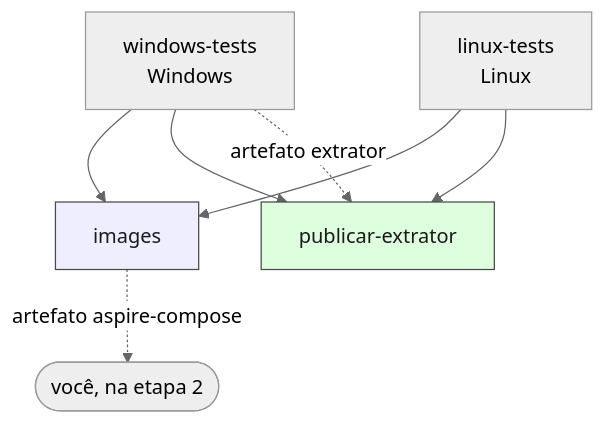
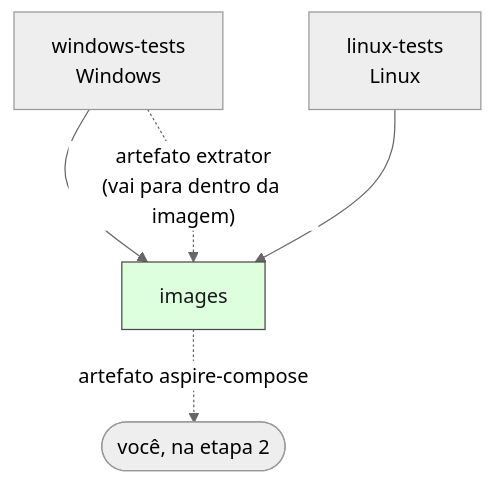
One commit to procfit/MLDemandForcastPOC changed the fourth of 11 diagrams in Docs/fluxo-de-entrega.md. Above: the diagram before and after it, drawn with Mermaid (neutral theme). The commit also changed other lines of this file and 3 other files, not shown here.

````diff
--- a/Docs/fluxo-de-entrega.md
+++ b/Docs/fluxo-de-entrega.md
@@ -131,18 +120,13 @@
 ```mermaid
 flowchart TB
     W["windows-tests<br/>Windows"]
     L["linux-tests<br/>Linux"]
     I["images"]
-    P["publicar-extrator"]
 
     W --> I
     L --> I
-    W --> P
-    L --> P
-
-    W -.->|"artefato extrator"| P
+    W -.->|"artefato extrator<br/>(vai para dentro da imagem)"| I
     I -.->|"artefato aspire-compose"| OP(["você, na etapa 2"])
 
-    style I fill:#eef,stroke:#4a4a4a,color:#1a1a1a
-    style P fill:#dfd,stroke:#4a4a4a,color:#1a1a1a
+    style I fill:#dfd,stroke:#4a4a4a,color:#1a1a1a
 ```
````
